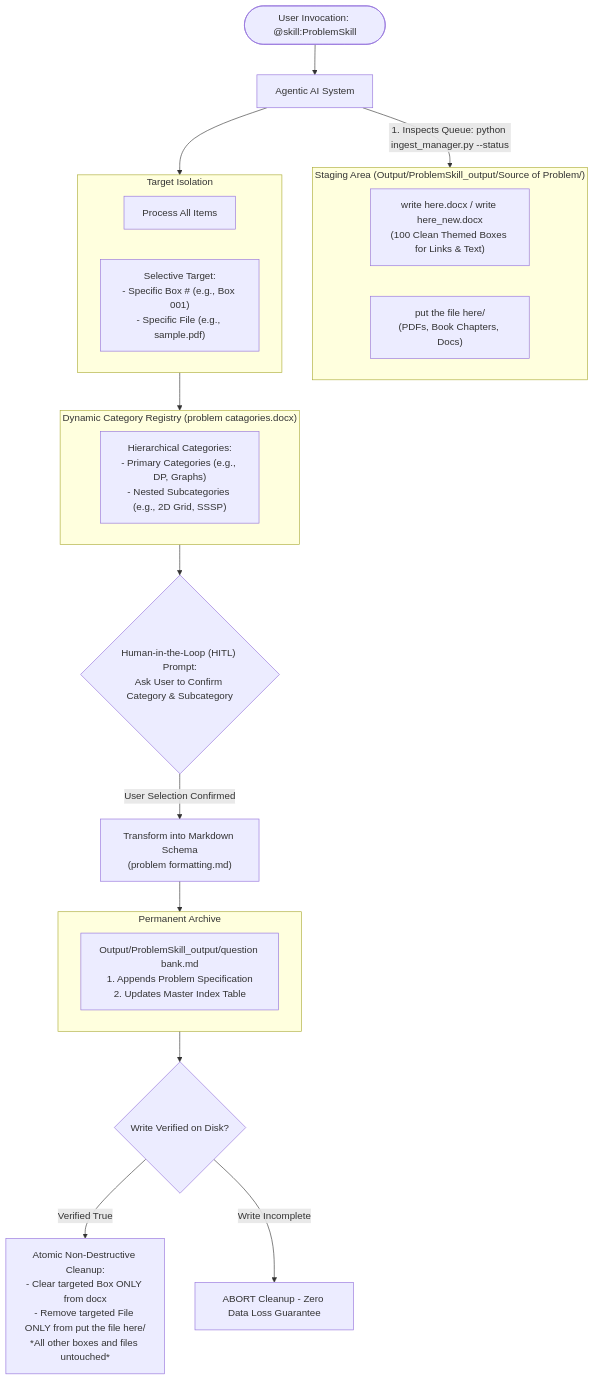
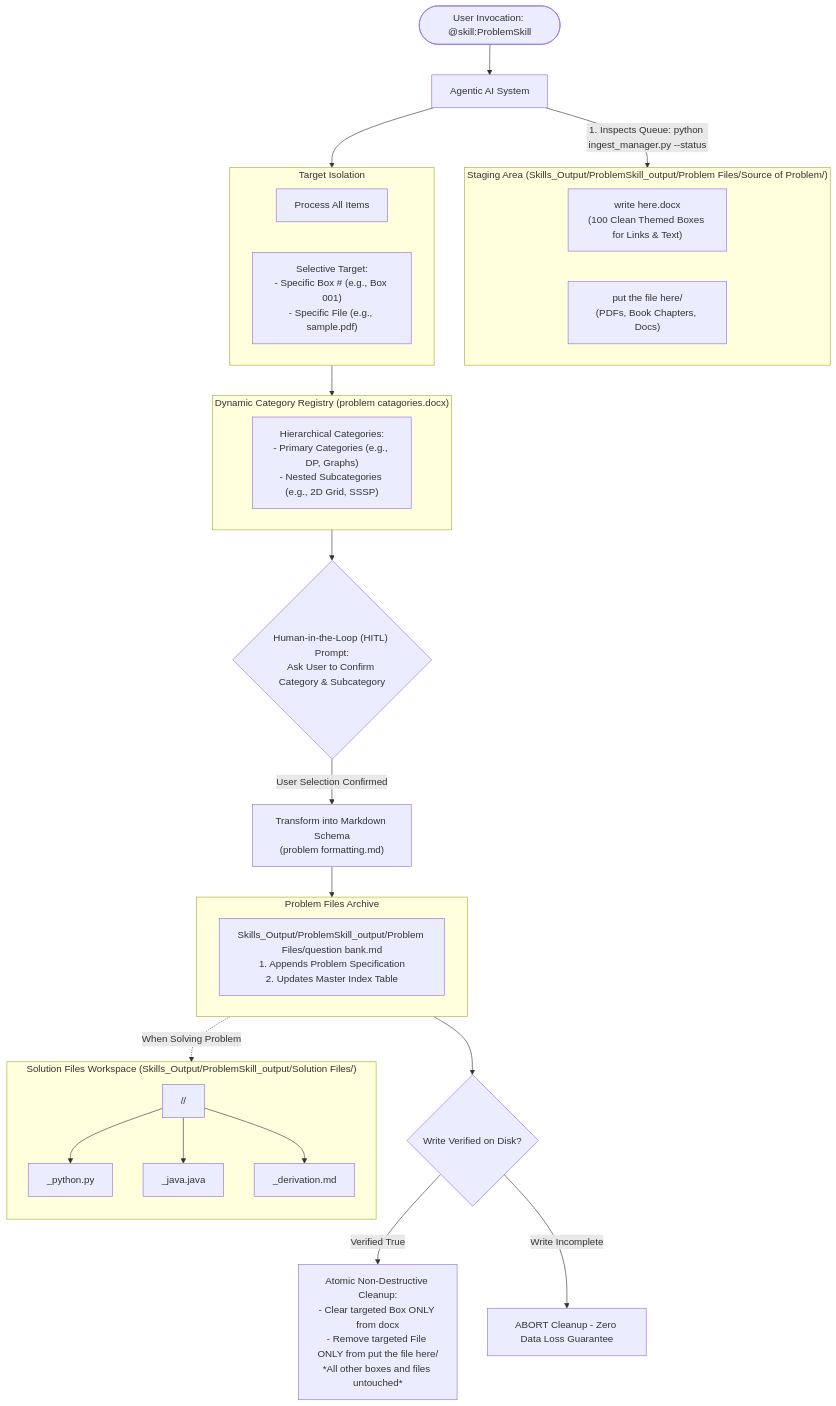
One commit to AkmKawser/Science_Of_Coding changed the diagram in .agent/skills/SkillsOnDynamicResources/ProblemSkill/SkillArchitecture/README.md. Above: the diagram before and after it, drawn with Mermaid. The commit also changed other lines of this file and 34 other files, not shown here.

Commit message:
Add output formating.md and synchronize paths with new Skills_Input and Skills_Output structure

````diff
--- a/.agent/skills/SkillsOnDynamicResources/ProblemSkill/SkillArchitecture/README.md
+++ b/.agent/skills/SkillsOnDynamicResources/ProblemSkill/SkillArchitecture/README.md
@@ -11,39 +11,52 @@
 ```mermaid
 flowchart TD
     User([User Invocation: @skill:ProblemSkill]) --> Agent[Agentic AI System]
     
-    subgraph StagingArea["Staging Area (Output/ProblemSkill_output/Source of Problem/)"]
-        Docx["write here.docx / write here_new.docx<br/>(100 Clean Themed Boxes for Links & Text)"]
+    subgraph StagingArea["Staging Area (Skills_Output/ProblemSkill_output/Problem Files/Source of Problem/)"]
+        Docx["write here.docx<br/>(100 Clean Themed Boxes for Links & Text)"]
         Files["put the file here/<br/>(PDFs, Book Chapters, Docs)"]
     end
     
     Agent -->|1. Inspects Queue: python ingest_manager.py --status| StagingArea
     
     subgraph TargetScope["Target Isolation"]
         TAll["Process All Items"]
         TSingle["Selective Target:<br/>- Specific Box # (e.g., Box 001)<br/>- Specific File (e.g., sample.pdf)"]
     end
     
     Agent --> TargetScope
     
     subgraph DynamicCategories["Dynamic Category Registry (problem catagories.docx)"]
         CatTree["Hierarchical Categories:<br/>- Primary Categories (e.g., DP, Graphs)<br/>- Nested Subcategories (e.g., 2D Grid, SSSP)"]
     end
     
     TargetScope --> DynamicCategories
     
     DynamicCategories --> HITL{"Human-in-the-Loop (HITL) Prompt:<br/>Ask User to Confirm Category & Subcategory"}
     
     HITL -->|User Selection Confirmed| Formatter["Transform into Markdown Schema<br/>(problem formatting.md)"]
     
-    subgraph PersistentDatabase["Permanent Archive"]
-        QBank["Output/ProblemSkill_output/question bank.md<br/>1. Appends Problem Specification<br/>2. Updates Master Index Table"]
+    subgraph PersistentDatabase["Problem Files Archive"]
+        QBank["Skills_Output/ProblemSkill_output/Problem Files/question bank.md<br/>1. Appends Problem Specification<br/>2. Updates Master Index Table"]
     end
     
     Formatter --> PersistentDatabase
     
     PersistentDatabase --> Verification{"Write Verified on Disk?"}
     
     Verification -->|Verified True| AtomicCleanup["Atomic Non-Destructive Cleanup:<br/>- Clear targeted Box ONLY from docx<br/>- Remove targeted File ONLY from put the file here/<br/>*All other boxes and files untouched*"]
     Verification -->|Write Incomplete| Abort["ABORT Cleanup - Zero Data Loss Guarantee"]
+    
+    subgraph SolutionArchive["Solution Files Workspace (Skills_Output/ProblemSkill_output/Solution Files/)"]
+        direction TB
+        SolFolder["<Primary Category>/<Subcategory>/"]
+        PyCode["<Problem-ID>_python.py"]
+        JavaCode["<Problem-ID>_java.java"]
+        Derivation["<Problem-ID>_derivation.md"]
+        SolFolder --> PyCode
+        SolFolder --> JavaCode
+        SolFolder --> Derivation
+    end
+    
+    PersistentDatabase -.->|When Solving Problem| SolutionArchive
 ```
````
